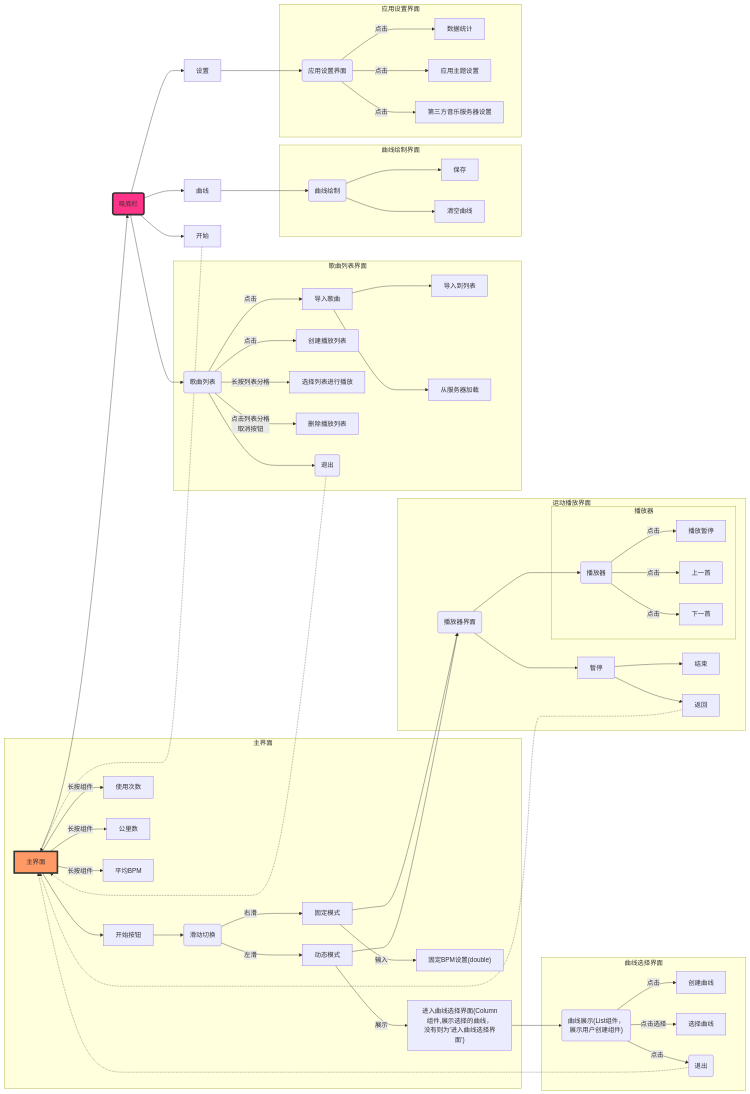
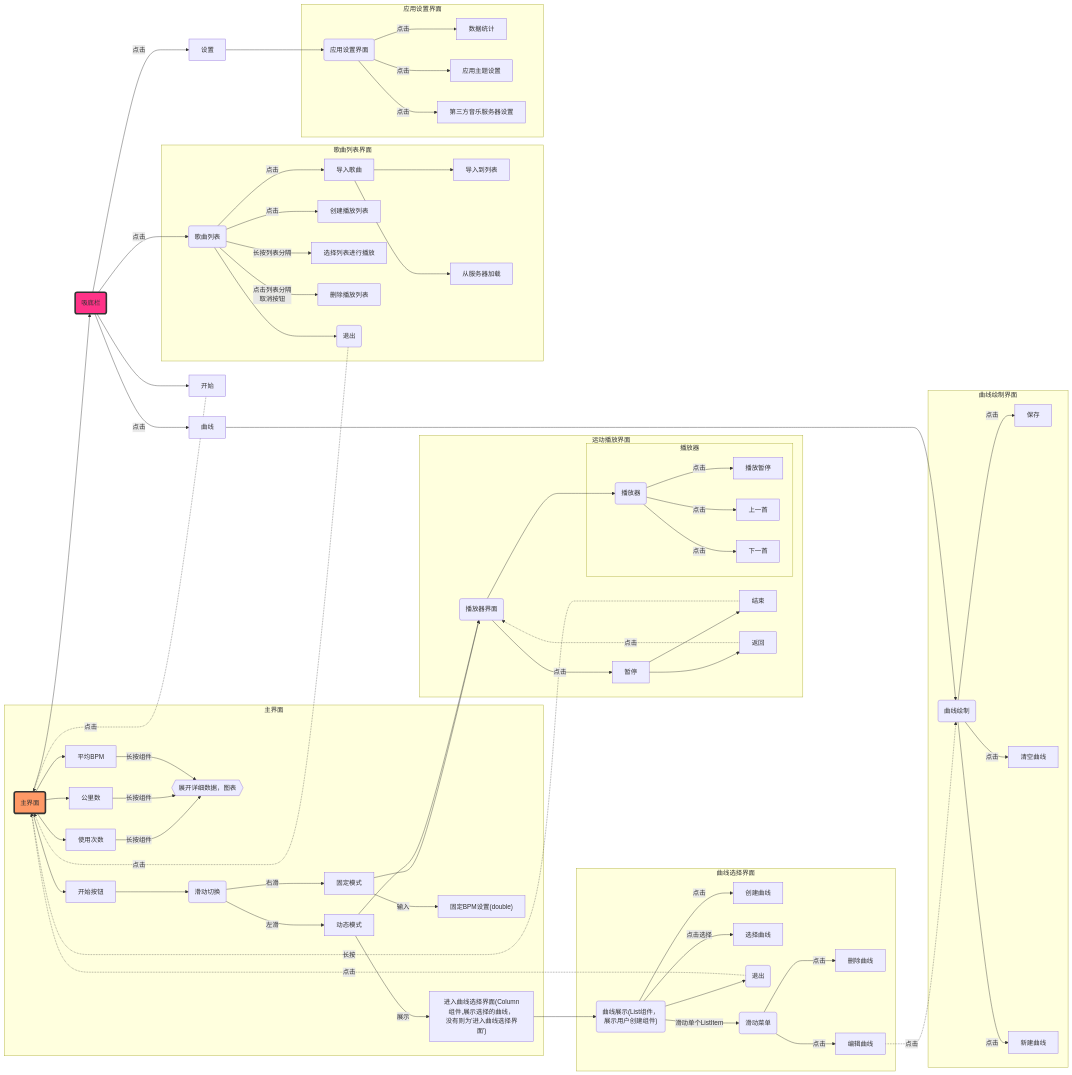
One commit to ZX-RAY1124/Beat-Per-Mile changed the diagram in entry/src/main/resources/base/media/mermaid_discription.md. Above: the diagram before and after it, drawn with Mermaid. The commit also changed 1 other file, not shown here.

Commit message:
Add chart

```diff
--- a/entry/src/main/resources/base/media/mermaid_discription.md
+++ b/entry/src/main/resources/base/media/mermaid_discription.md
@@ -7,18 +7,19 @@
 flowchart LR
     
     subgraph 主界面
-        A["<div style='text-align:center;'>主界面</div>"]
+        A("<div style='text-align:center;'>主界面</div>")
         B[开始按钮]
         BPM_SET["固定BPM设置(double)"]
         LINER_SET["进入曲线选择界面(Column组件,展示选择的曲线，<br>没有则为'进入曲线选择界面')"]
         used_time[使用次数]
         kilometer[公里数]
         Per_BPM[平均BPM]
-        
+        Detail{{"展开详细数据，图表"}}
+
         A --> B
-        A -->|长按组件| used_time
-        A -->|长按组件|kilometer
-        A -->|长按组件| Per_BPM
+        A --> used_time -->|长按组件| Detail
+        A --> kilometer -->|长按组件| Detail
+        A --> Per_BPM -->|长按组件| Detail
         B --> H(滑动切换)
         H --> |右滑|C[固定模式]
         H --> |左滑|D[动态模式]
@@ -34,10 +35,11 @@
         media_play --> player
         C --> media_play
         D --> media_play
-        media_play --> pause
+        media_play --> |点击|pause
         pause[暂停]--> end_[结束]
         pause --> back_[返回]
-        back_ -.-> A
+        end_ -.->|长按| A
+        back_ -.->|点击| media_play
         
         subgraph 播放器
             pause_[播放暂停]
@@ -56,21 +58,27 @@
         make_liner[创建曲线]
         chosen[选择曲线]
         back_liner(退出)
+        slide_liner(滑动菜单)
+        delete_liner[删除曲线]
+        edit_liner[编辑曲线]
         
         LINER_SET --> liner_set -->|点击| make_liner
         liner_set -->|点击选择| chosen
-        liner_set -->|点击| back_liner
-        back_liner -.-> A
+        liner_set --> back_liner
+        liner_set --> |滑动单个ListItem| slide_liner
+        slide_liner -->|点击| delete_liner
+        slide_liner -->|点击| edit_liner
+        back_liner -.->|点击| A
     end
     
     subgraph 歌曲列表界面
         SONG_LIST(歌曲列表) -->|点击| 导入歌曲 --> 导入到列表
         导入歌曲 --> 从服务器加载
         SONG_LIST --> |点击| 创建播放列表
-        SONG_LIST -->|长按列表分格|选择列表进行播放
-        SONG_LIST -->|点击列表分格<br>取消按钮| 删除播放列表
+        SONG_LIST -->|长按列表分隔|选择列表进行播放
+        SONG_LIST -->|点击列表分隔<br>取消按钮| 删除播放列表
         SONG_LIST --> Song_back(退出)
-        Song_back -.-> A
+        Song_back -.->|点击| A
     end
     
     
@@ -78,8 +86,12 @@
         LINER_MAKER(曲线绘制)
         LINER_SAVE[保存]
         LINER_CLEAR[清空曲线]
-        LINER_MAKER --> LINER_SAVE
-        LINER_MAKER --> LINER_CLEAR
+        LINER_NEW[新建曲线]
+        
+        edit_liner -.->|点击| LINER_MAKER
+        LINER_MAKER -->|点击| LINER_SAVE
+        LINER_MAKER -->|点击| LINER_CLEAR
+        LINER_MAKER -->|点击| LINER_NEW
     end
     
     subgraph 应用设置界面 
@@ -93,7 +105,7 @@
         
     end
     
-    E --> Start[开始] -.-> A; E --> SONG_LIST; E --> liner[曲线] ;E -->setting[设置]
+    E --> Start[开始] -.->|点击| A; E -->|点击| SONG_LIST; E -->|点击| liner[曲线] ;E -->|点击| setting[设置]
     liner --> LINER_MAKER
     setting --> Setting_page("应用设置界面")
 
```
